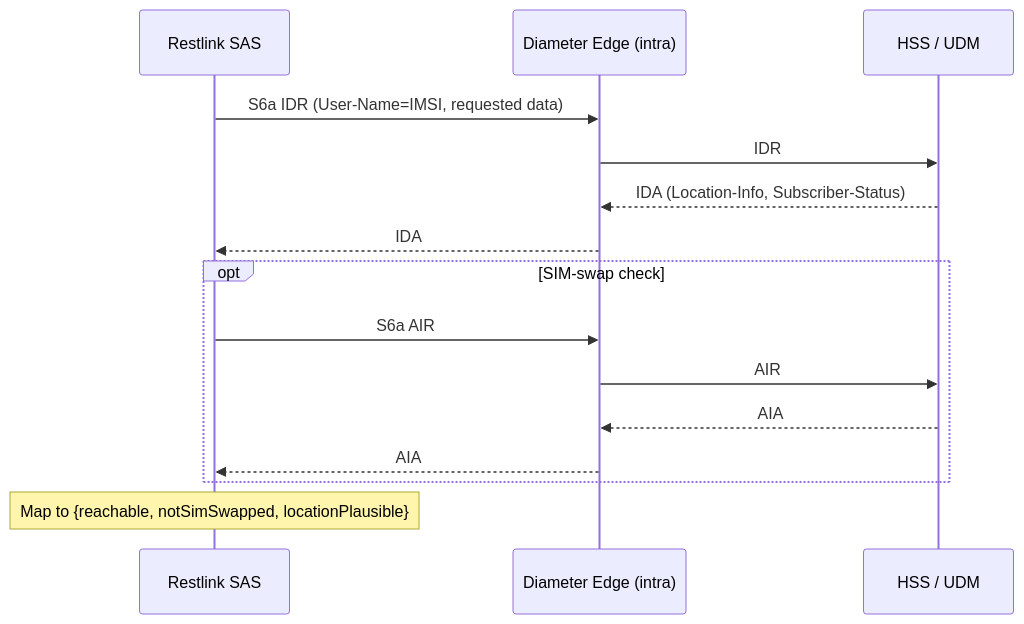
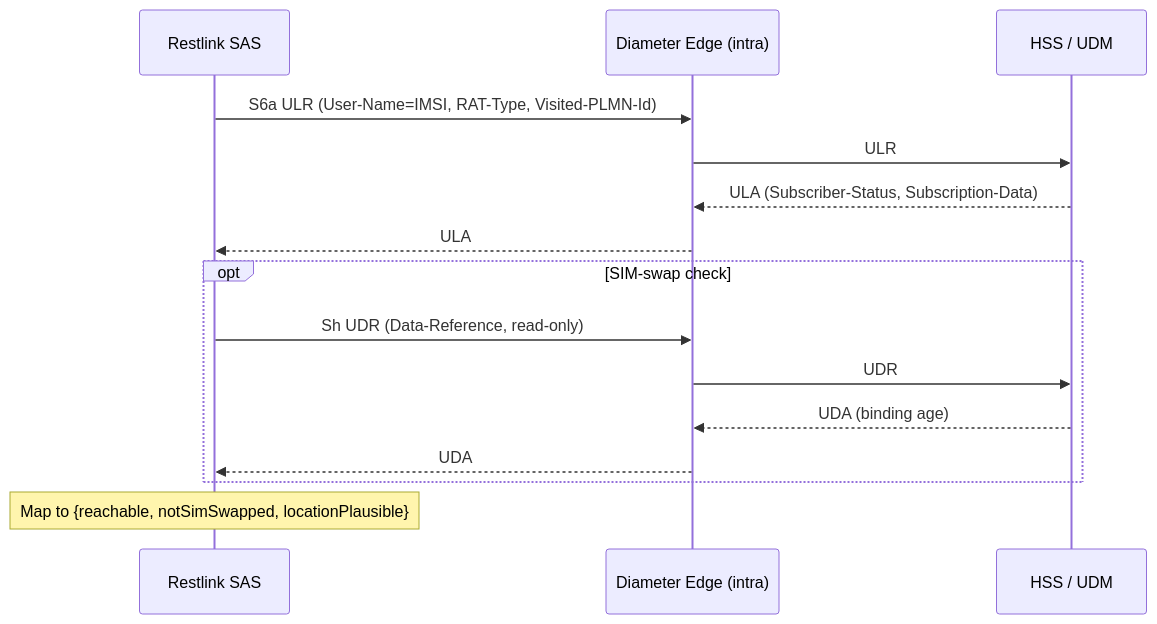
Before and after one commit to nhanth87/silent-authentication: the fifth of 8 diagrams in proposal/chapters/05_message_flows.md, drawn with Mermaid. The commit also changed other lines of this file and 39 other files, not shown here.

````diff
--- a/proposal/chapters/05_message_flows.md
+++ b/proposal/chapters/05_message_flows.md
@@ -277,18 +281,18 @@
 ```mermaid
 sequenceDiagram
     participant SAS as Restlink SAS
     participant DEA as Diameter Edge (intra)
     participant HSS as HSS / UDM
 
-    SAS->>DEA: S6a IDR (User-Name=IMSI, requested data)
-    DEA->>HSS: IDR
-    HSS-->>DEA: IDA (Location-Info, Subscriber-Status)
-    DEA-->>SAS: IDA
+    SAS->>DEA: S6a ULR (User-Name=IMSI, RAT-Type, Visited-PLMN-Id)
+    DEA->>HSS: ULR
+    HSS-->>DEA: ULA (Subscriber-Status, Subscription-Data)
+    DEA-->>SAS: ULA
     opt SIM-swap check
-        SAS->>DEA: S6a AIR
-        DEA->>HSS: AIR
-        HSS-->>DEA: AIA
-        DEA-->>SAS: AIA
+        SAS->>DEA: Sh UDR (Data-Reference, read-only)
+        DEA->>HSS: UDR
+        HSS-->>DEA: UDA (binding age)
+        DEA-->>SAS: UDA
     end
     Note over SAS: Map to {reachable, notSimSwapped, locationPlausible}
 ```
````
